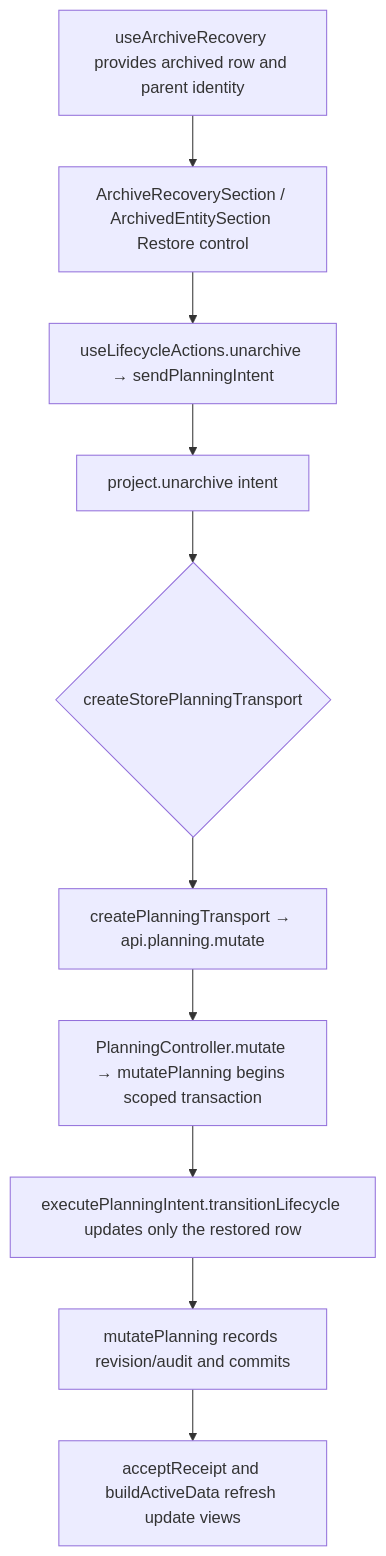
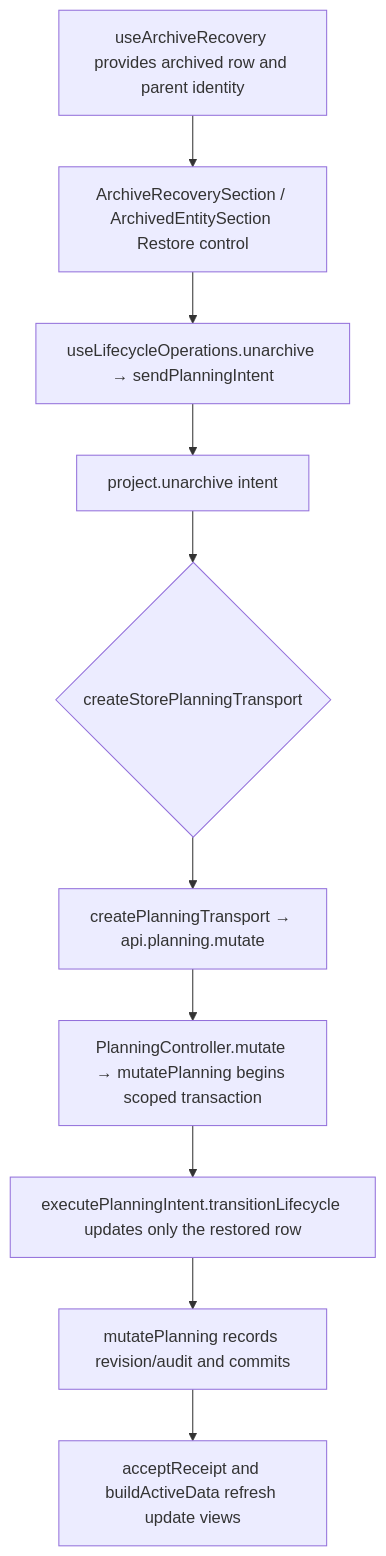
One commit to Kevinjohn/capacitylens changed the second of 2 diagrams in user-stories/projects/US-PRJ-06-restore-project.md. Above: the diagram before and after it, drawn with Mermaid. The commit also changed other lines of this file and 50 other files, not shown here.

````diff
--- a/user-stories/projects/US-PRJ-06-restore-project.md
+++ b/user-stories/projects/US-PRJ-06-restore-project.md
@@ -26,8 +26,8 @@
 ```mermaid
 flowchart TD
   A["useArchiveRecovery provides archived row and parent identity"] --> B["ArchiveRecoverySection / ArchivedEntitySection Restore control"]
-  B --> C["useLifecycleActions.unarchive → sendPlanningIntent"] --> D["project.unarchive intent"]
+  B --> C["useLifecycleOperations.unarchive → sendPlanningIntent"] --> D["project.unarchive intent"]
   D --> E{"createStorePlanningTransport"}
   E --> F["createPlanningTransport → api.planning.mutate"] --> G["PlanningController.mutate → mutatePlanning begins scoped transaction"]
   G --> H["executePlanningIntent.transitionLifecycle updates only the restored row"] --> K["mutatePlanning records revision/audit and commits"] --> J["acceptReceipt and buildActiveData refresh update views"]
 ```
````
